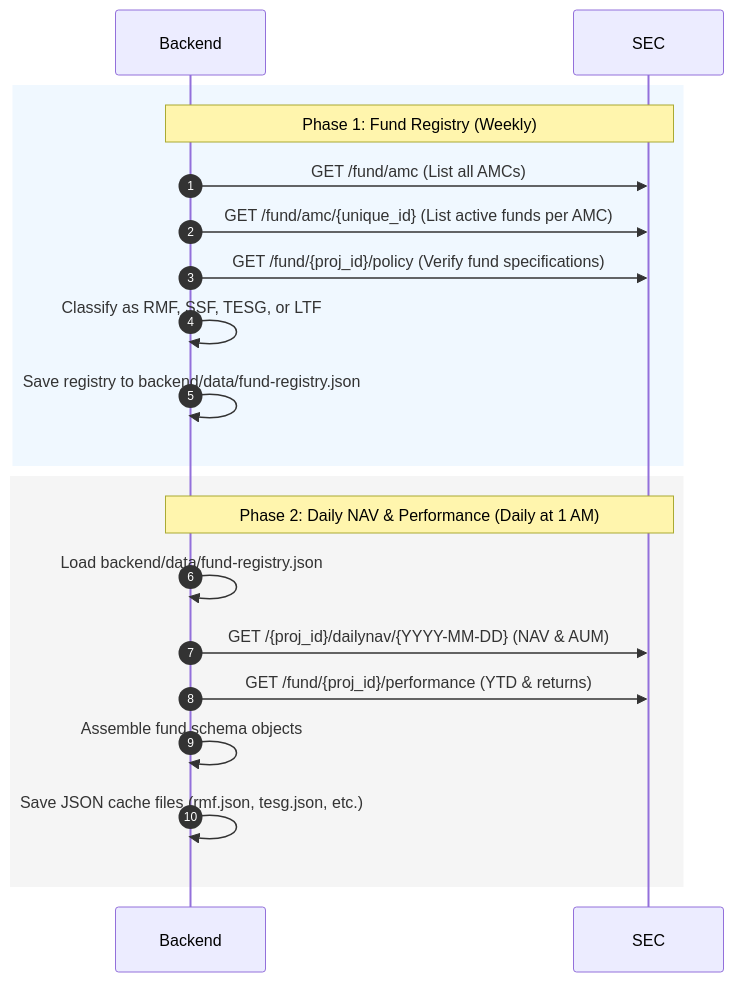
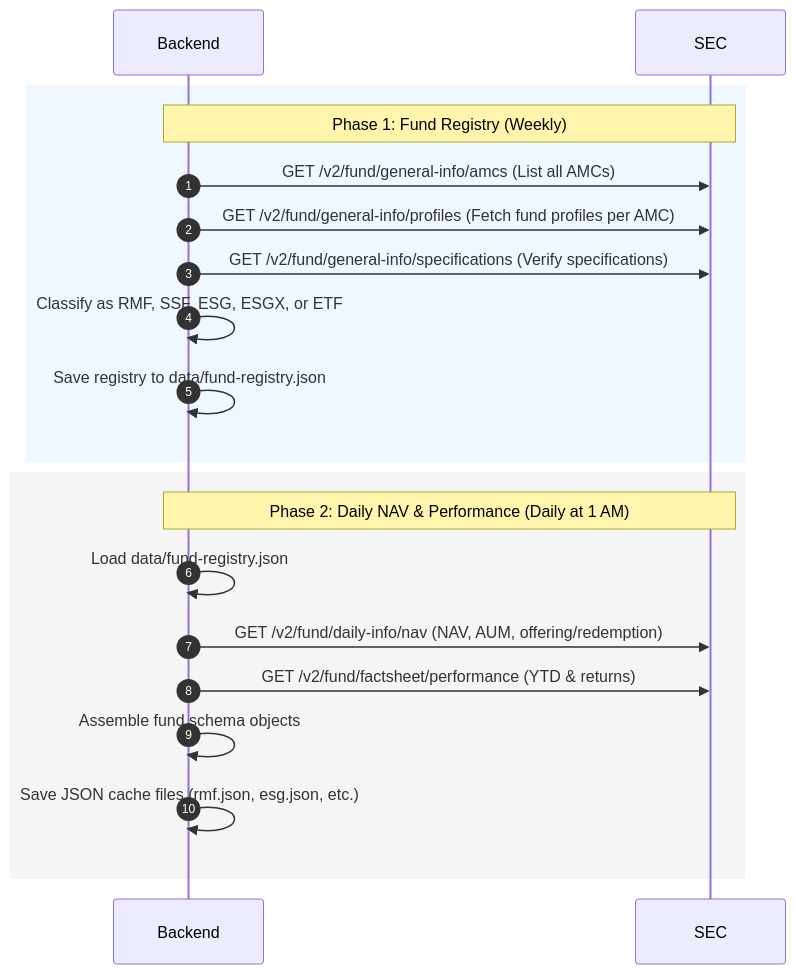
The second of 2 diagrams in docs/architecture.md (zr0aces/SarnFund), drawn with Mermaid before and after one commit. The commit also changed other lines of this file and 8 other files, not shown here.

````diff
--- a/docs/architecture.md
+++ b/docs/architecture.md
@@ -27,21 +27,21 @@
 ```mermaid
 sequenceDiagram
     autonumber
     rect rgb(240, 248, 255)
     Note over Backend, SEC: Phase 1: Fund Registry (Weekly)
-    Backend->>SEC: GET /fund/amc (List all AMCs)
-    Backend->>SEC: GET /fund/amc/{unique_id} (List active funds per AMC)
-    Backend->>SEC: GET /fund/{proj_id}/policy (Verify fund specifications)
-    Backend->>Backend: Classify as RMF, SSF, TESG, or LTF
-    Backend->>Backend: Save registry to backend/data/fund-registry.json
+    Backend->>SEC: GET /v2/fund/general-info/amcs (List all AMCs)
+    Backend->>SEC: GET /v2/fund/general-info/profiles (Fetch fund profiles per AMC)
+    Backend->>SEC: GET /v2/fund/general-info/specifications (Verify specifications)
+    Backend->>Backend: Classify as RMF, SSF, ESG, ESGX, or ETF
+    Backend->>Backend: Save registry to data/fund-registry.json
     end
     
     rect rgb(245, 245, 245)
     Note over Backend, SEC: Phase 2: Daily NAV & Performance (Daily at 1 AM)
-    Backend->>Backend: Load backend/data/fund-registry.json
-    Backend->>SEC: GET /{proj_id}/dailynav/{YYYY-MM-DD} (NAV & AUM)
-    Backend->>SEC: GET /fund/{proj_id}/performance (YTD & returns)
+    Backend->>Backend: Load data/fund-registry.json
+    Backend->>SEC: GET /v2/fund/daily-info/nav (NAV, AUM, offering/redemption)
+    Backend->>SEC: GET /v2/fund/factsheet/performance (YTD & returns)
     Backend->>Backend: Assemble fund schema objects
-    Backend->>Backend: Save JSON cache files (rmf.json, tesg.json, etc.)
+    Backend->>Backend: Save JSON cache files (rmf.json, esg.json, etc.)
     end
 ```
````
